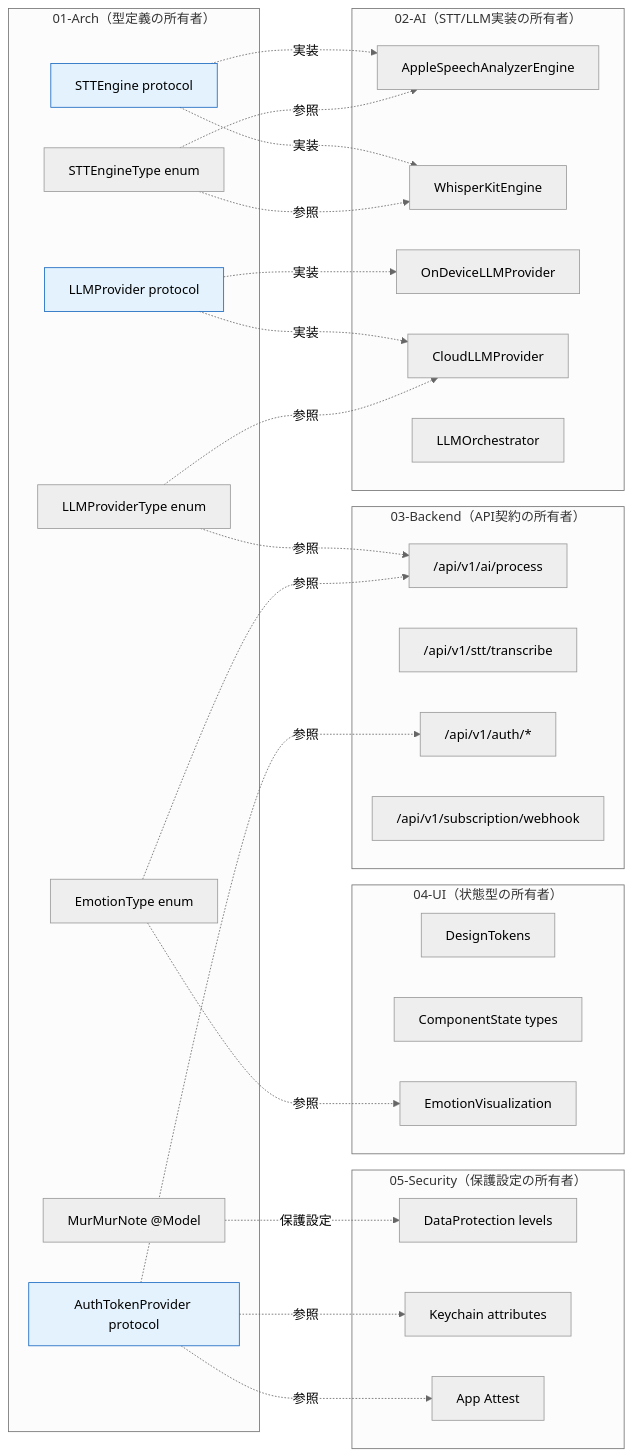
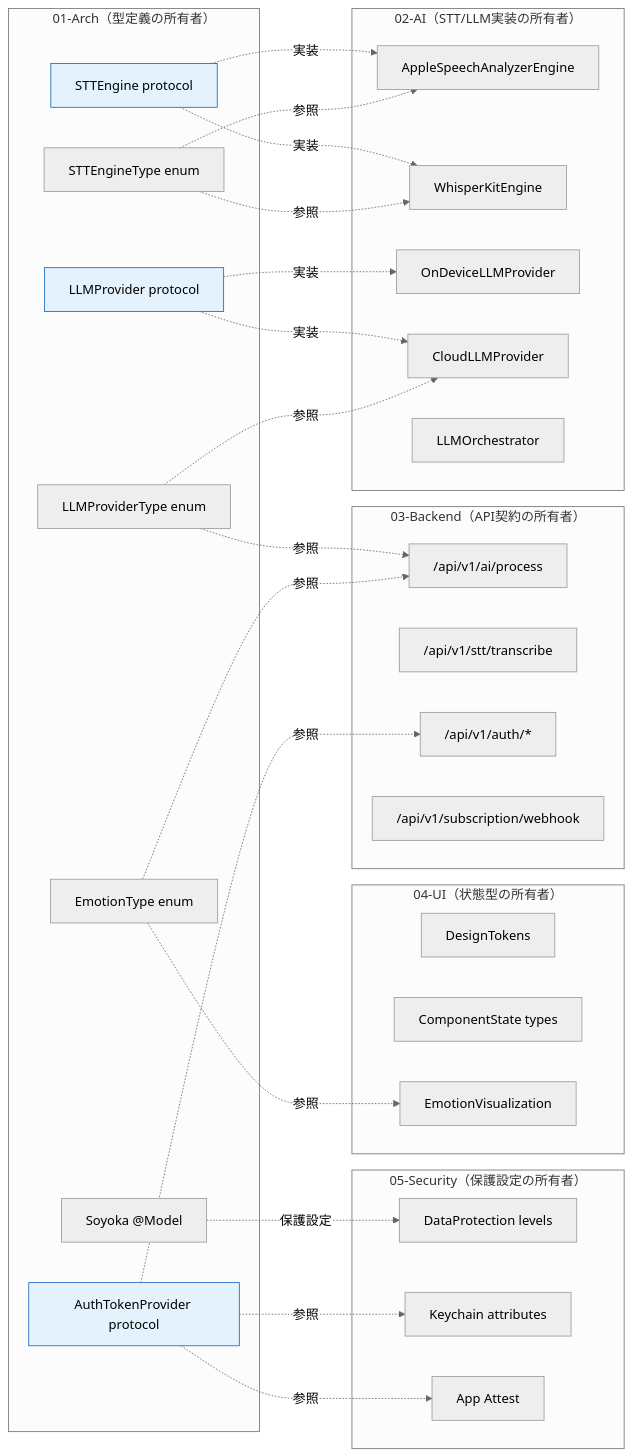
Before and after one commit to yoskmr/VoiceMemo: the second of 4 diagrams in docs/spec/ai-voice-memo/design/00-integration-spec.md, drawn with Mermaid (neutral theme). The commit also changed other lines of this file and 219 other files, not shown here.

First line of the commit message:
refactor(rename): MurMurNote → Soyoka プロジェクト全体リネーム

````diff
--- a/docs/spec/ai-voice-memo/design/00-integration-spec.md
+++ b/docs/spec/ai-voice-memo/design/00-integration-spec.md
@@ -91,58 +91,58 @@
 ```mermaid
 graph LR
     subgraph "01-Arch（型定義の所有者）"
         P_STT["STTEngine protocol"]
         P_LLM["LLMProvider protocol"]
         T_STTET["STTEngineType enum"]
         T_LLMPT["LLMProviderType enum"]
         T_EMO["EmotionType enum"]
         T_AUTH["AuthTokenProvider protocol"]
-        T_MEMO["MurMurNote @Model"]
+        T_MEMO["Soyoka @Model"]
     end
 
     subgraph "02-AI（STT/LLM実装の所有者）"
         I_APPLE["AppleSpeechAnalyzerEngine"]
         I_WHISPER["WhisperKitEngine"]
         I_ONDEV["OnDeviceLLMProvider"]
         I_CLOUD["CloudLLMProvider"]
         I_ORCH["LLMOrchestrator"]
     end
 
     subgraph "03-Backend（API契約の所有者）"
         API_AI["/api/v1/ai/process"]
         API_STT["/api/v1/stt/transcribe"]
         API_AUTH["/api/v1/auth/*"]
         API_HOOK["/api/v1/subscription/webhook"]
     end
 
     subgraph "04-UI（状態型の所有者）"
         UI_TOKEN["DesignTokens"]
         UI_STATE["ComponentState types"]
         UI_EMO_VIZ["EmotionVisualization"]
     end
 
     subgraph "05-Security（保護設定の所有者）"
         SEC_DP["DataProtection levels"]
         SEC_KC["Keychain attributes"]
         SEC_ATTEST["App Attest"]
     end
 
     P_STT -.->|実装| I_APPLE
     P_STT -.->|実装| I_WHISPER
     P_LLM -.->|実装| I_ONDEV
     P_LLM -.->|実装| I_CLOUD
     T_STTET -.->|参照| I_APPLE
     T_STTET -.->|参照| I_WHISPER
     T_LLMPT -.->|参照| I_CLOUD
     T_LLMPT -.->|参照| API_AI
     T_EMO -.->|参照| UI_EMO_VIZ
     T_EMO -.->|参照| API_AI
     T_AUTH -.->|参照| API_AUTH
     T_AUTH -.->|参照| SEC_KC
     T_AUTH -.->|参照| SEC_ATTEST
     T_MEMO -.->|保護設定| SEC_DP
 
     style P_STT fill:#e3f2fd,stroke:#1565c0
     style P_LLM fill:#e3f2fd,stroke:#1565c0
     style T_AUTH fill:#e3f2fd,stroke:#1565c0
 ```
````
